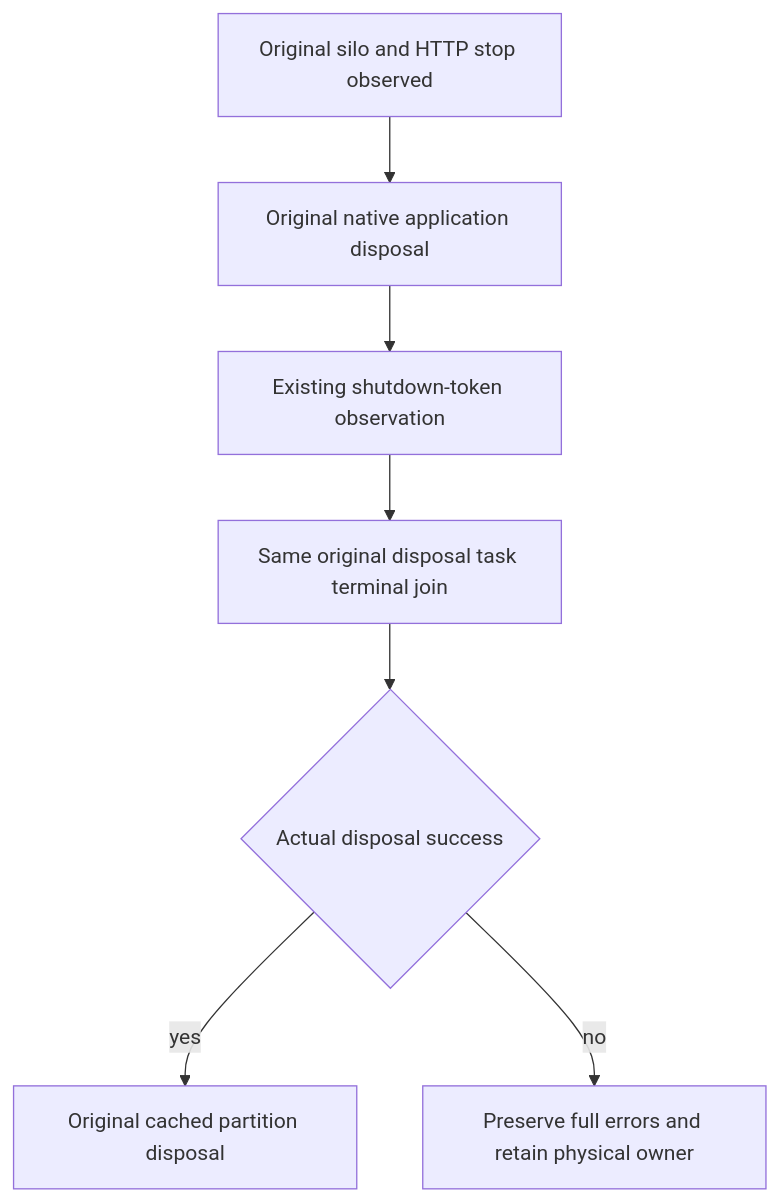
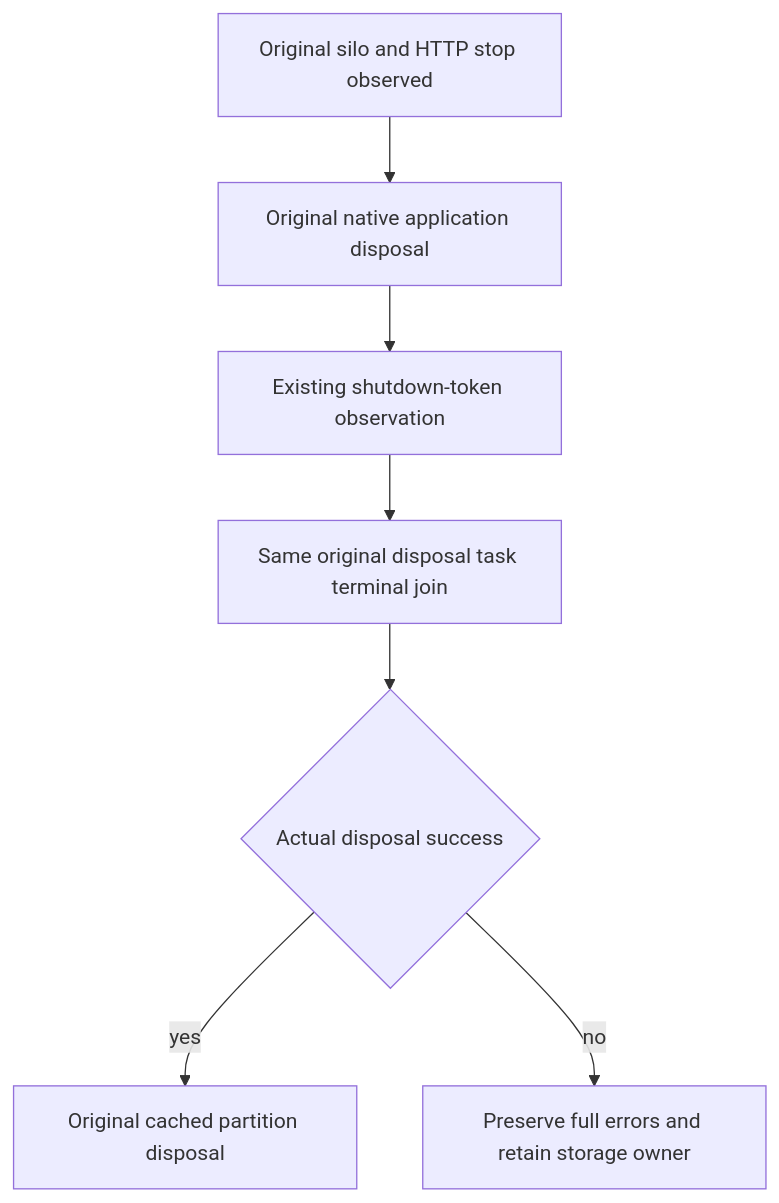
The diagram in docs/Features/ClusterRouting/NativeApplicationDisposalBeforeStore.md (managedcode/KeyLoad), drawn with Mermaid before and after one commit. The commit also changed other lines of this file and 7356 other files, not shown here.

````diff
--- a/docs/Features/ClusterRouting/NativeApplicationDisposalBeforeStore.md
+++ b/docs/Features/ClusterRouting/NativeApplicationDisposalBeforeStore.md
@@ -13,9 +13,9 @@
 ```mermaid
 flowchart TD
  A[Original silo and HTTP stop observed] --> B[Original native application disposal]
  B --> C[Existing shutdown-token observation]
  C --> D[Same original disposal task terminal join]
  D --> E{Actual disposal success}
  E -->|yes| F[Original cached partition disposal]
- E -->|no| G[Preserve full errors and retain physical owner]
+ E -->|no| G[Preserve full errors and retain storage owner]
 ```
````
